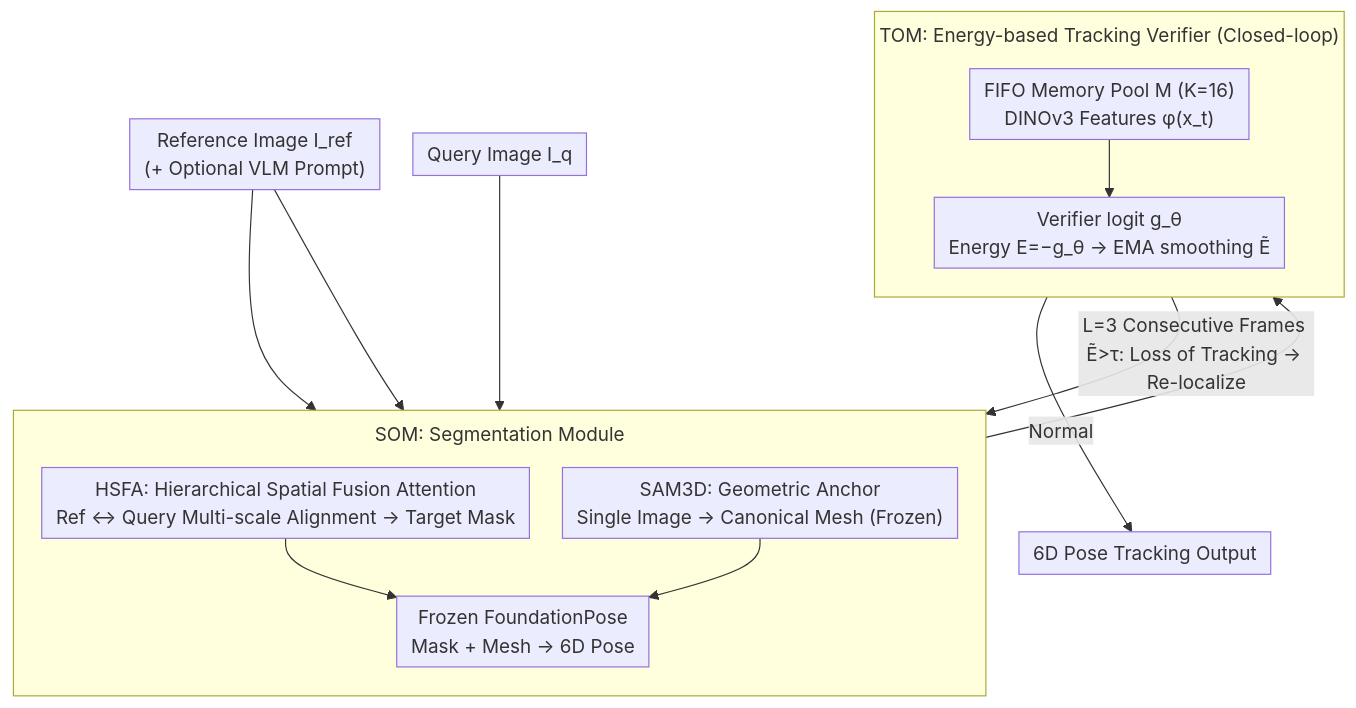
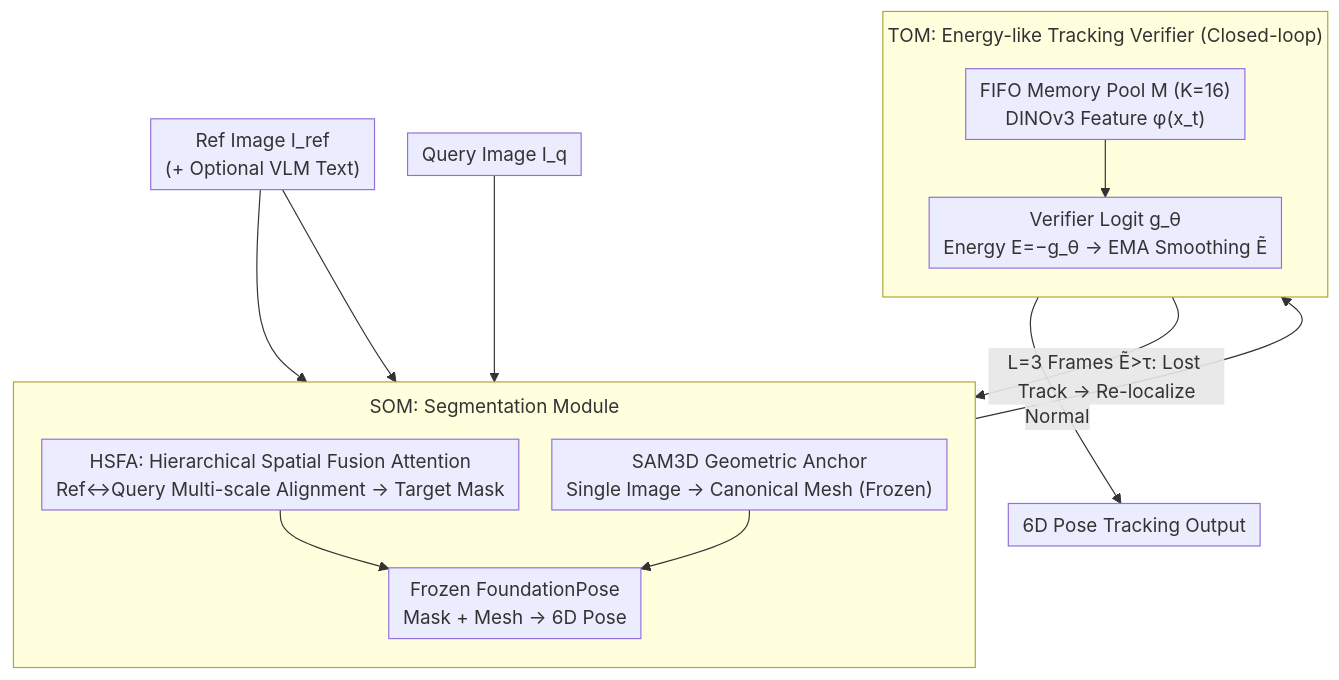
One commit to zhaoyang97/Paper-Notes-en changed the diagram in docs/ICML2026/video_understanding/storm_segment_track_and_object_re-localization_from_a_single_image.md. Above: the diagram before and after it, drawn with Mermaid. The commit also changed other lines of this file and 5084 other files, not shown here.

````diff
--- a/docs/ICML2026/video_understanding/storm_segment_track_and_object_re-localization_from_a_single_image.md
+++ b/docs/ICML2026/video_understanding/storm_segment_track_and_object_re-localization_from_a_single_image.md
@@ -46,26 +46,26 @@
 ```mermaid
 %%{init: {'flowchart': {'rankSpacing': 24, 'nodeSpacing': 28, 'padding': 6, 'wrappingWidth': 400, 'subGraphTitleMargin': {'top': 8, 'bottom': 16}}}}%%
 flowchart TD
-    REF["Reference Image I_ref<br/>(+ Optional VLM Prompt)"]
+    REF["Ref Image I_ref<br/>(+ Optional VLM Text)"]
     QRY["Query Image I_q"]
     subgraph SOM["SOM: Segmentation Module"]
         direction TB
-        HSFA["HSFA: Hierarchical Spatial Fusion Attention<br/>Ref ↔ Query Multi-scale Alignment → Target Mask"]
-        SAM3D["SAM3D: Geometric Anchor<br/>Single Image → Canonical Mesh (Frozen)"]
+        HSFA["HSFA: Hierarchical Spatial Fusion Attention<br/>Ref↔Query Multi-scale Alignment → Target Mask"]
+        SAM3D["SAM3D Geometric Anchor<br/>Single Image → Canonical Mesh (Frozen)"]
         FP["Frozen FoundationPose<br/>Mask + Mesh → 6D Pose"]
         HSFA --> FP
         SAM3D --> FP
     end
     REF --> HSFA
     QRY --> HSFA
     REF --> SAM3D
     FP --> TOM
-    subgraph TOM["TOM: Energy-based Tracking Verifier (Closed-loop)"]
+    subgraph TOM["TOM: Energy-like Tracking Verifier (Closed-loop)"]
         direction TB
-        MEM["FIFO Memory Pool M (K=16)<br/>DINOv3 Features φ(x_t)"]
-        VER["Verifier logit g_θ<br/>Energy E=−g_θ → EMA smoothing Ẽ"]
+        MEM["FIFO Memory Pool M (K=16)<br/>DINOv3 Feature φ(x_t)"]
+        VER["Verifier Logit g_θ<br/>Energy E=−g_θ → EMA Smoothing Ẽ"]
         MEM --> VER
     end
-    TOM -->|"L=3 Consecutive Frames Ẽ>τ: Loss of Tracking → Re-localize"| HSFA
+    TOM -->|"L=3 Frames Ẽ>τ: Lost Track → Re-localize"| HSFA
     TOM -->|"Normal"| OUT["6D Pose Tracking Output"]
 ```
````
